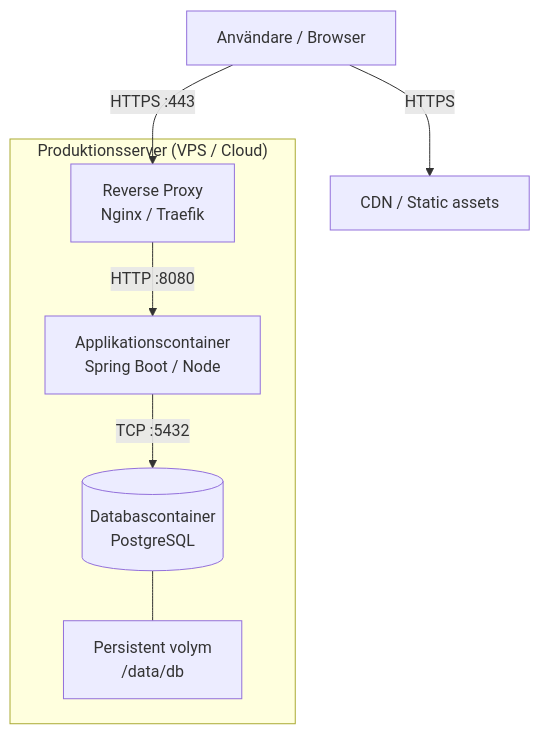
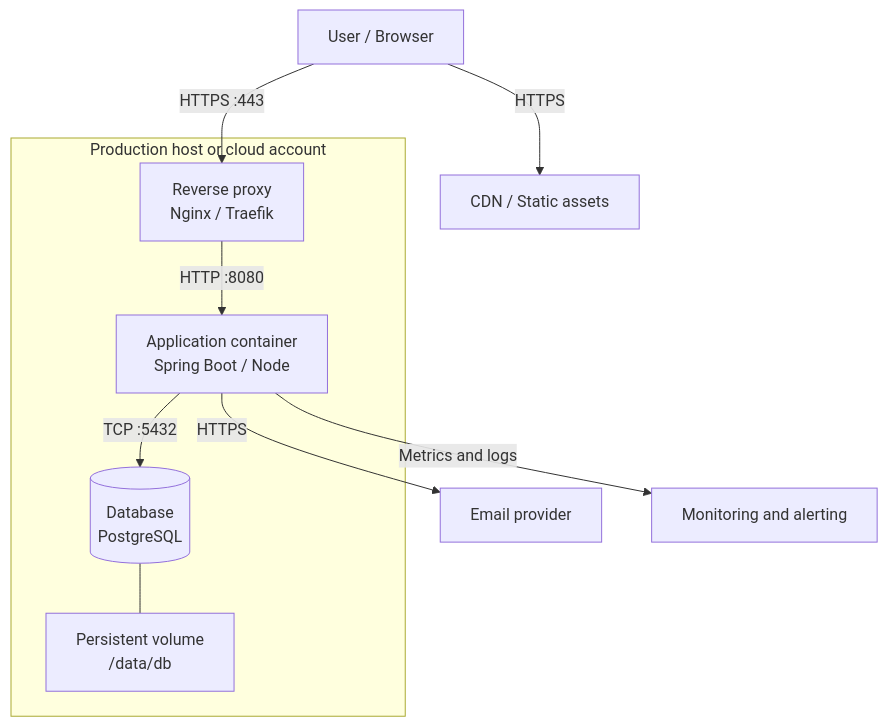
One commit to HansJoakimPersson/clarity-framework changed the diagram in templates/05-deployment-view.md. Above: the diagram before and after it, drawn with Mermaid. The commit also changed other lines of this file and 55 other files, not shown here.

````diff
--- a/templates/05-deployment-view.md
+++ b/templates/05-deployment-view.md
@@ -44,19 +51,23 @@
 ```mermaid
 graph TD
-    User[Användare / Browser]
-    
-    subgraph "Produktionsserver (VPS / Cloud)"
-        Proxy[Reverse Proxy\nNginx / Traefik]
-        App[Applikationscontainer\nSpring Boot / Node]
-        DB[(Databascontainer\nPostgreSQL)]
-        Vol[Persistent volym\n/data/db]
+    User[User / Browser]
+
+    subgraph "Production host or cloud account"
+        Proxy[Reverse proxy\nNginx / Traefik]
+        App[Application container\nSpring Boot / Node]
+        DB[(Database\nPostgreSQL)]
+        Vol[Persistent volume\n/data/db]
     end
 
     CDN[CDN / Static assets]
+    Mail[Email provider]
+    Monitor[Monitoring and alerting]
 
     User -->|HTTPS :443| Proxy
     Proxy -->|HTTP :8080| App
     App -->|TCP :5432| DB
     DB --- Vol
     User -->|HTTPS| CDN
+    App -->|HTTPS| Mail
+    App -->|Metrics and logs| Monitor
 ```
````
